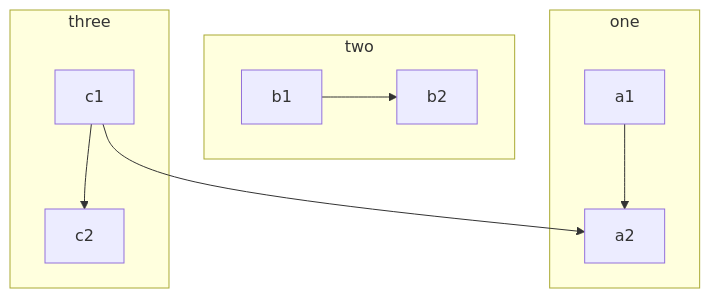
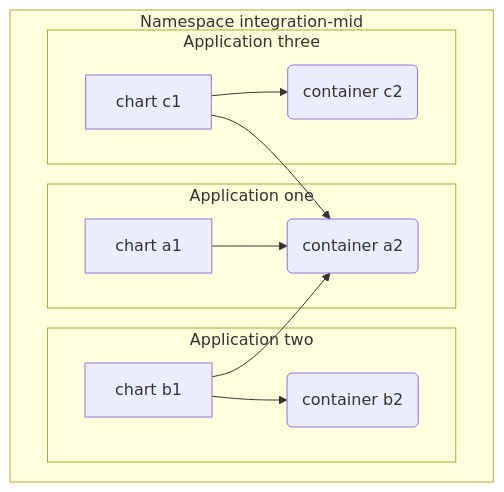
One commit to ska-telescope/skampi changed the diagram in README.md. Above: the diagram before and after it, drawn with Mermaid. The commit also changed other lines of this file, not shown here.

Commit message:
AT-38 example of a possible graph for README

````diff
--- a/README.md
+++ b/README.md
@@ -123,14 +123,17 @@
 ```{mermaid}
 flowchart TB
-    c1-->a2
-    subgraph one
-      a1-->a2
-    end
-    subgraph two
-      b1-->b2
-    end
-    subgraph three
-      c1-->c2
+    subgraph "Namespace integration-mid"
+      c1-->a2
+      subgraph "Application one"
+        a1[chart a1]-->a2(container a2)
+      end
+      subgraph "Application two"
+        b1[chart b1]-->b2(container b2)
+        b1-->a2
+      end
+      subgraph "Application three"
+        c1[chart c1]-->c2(container c2)
+      end
     end
 
 ```
````
